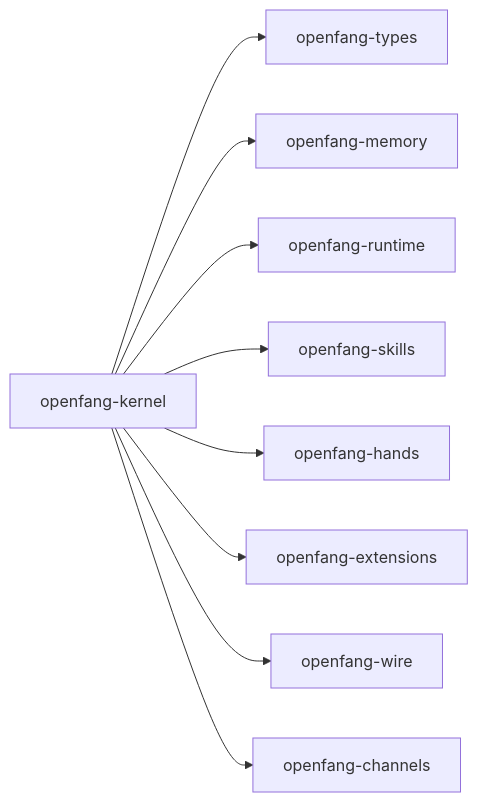
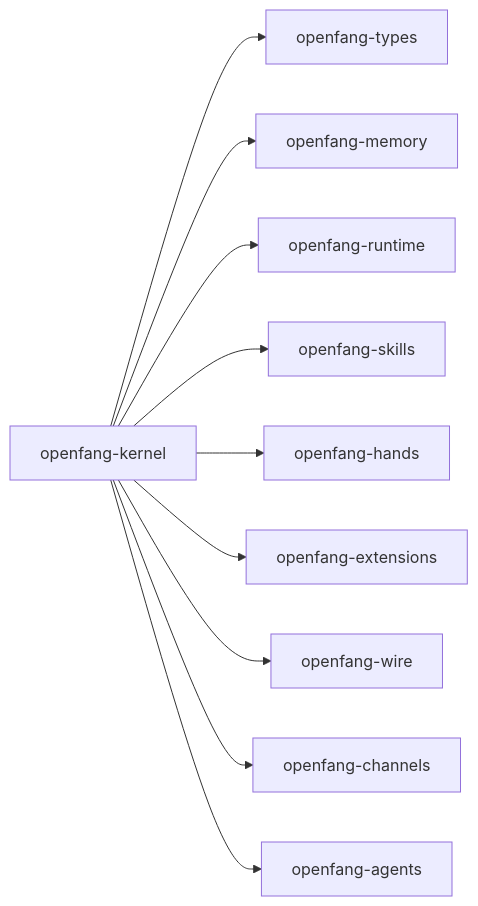
One commit to hexiaowen-bot/openfang changed the eighth of 8 diagrams in .qoder/repowiki/zh/content/核心模块详解/内核系统 (openfang-kernel)/内核系统 (openfang-kernel).md. Above: the diagram before and after it, drawn with Mermaid. The commit also changed other lines of this file and 65 other files, not shown here.

````diff
--- a/.qoder/repowiki/zh/content/核心模块详解/内核系统 (openfang-kernel)/内核系统 (openfang-kernel).md
+++ b/.qoder/repowiki/zh/content/核心模块详解/内核系统 (openfang-kernel)/内核系统 (openfang-kernel).md
@@ -364,11 +461,12 @@
 ```mermaid
 graph LR
 Kernel["openfang-kernel"] --> Types["openfang-types"]
 Kernel --> Memory["openfang-memory"]
 Kernel --> Runtime["openfang-runtime"]
 Kernel --> Skills["openfang-skills"]
 Kernel --> Hands["openfang-hands"]
 Kernel --> Ext["openfang-extensions"]
 Kernel --> Wire["openfang-wire"]
 Kernel --> Channels["openfang-channels"]
+Kernel --> Agents["openfang-agents"]
 ```
````
